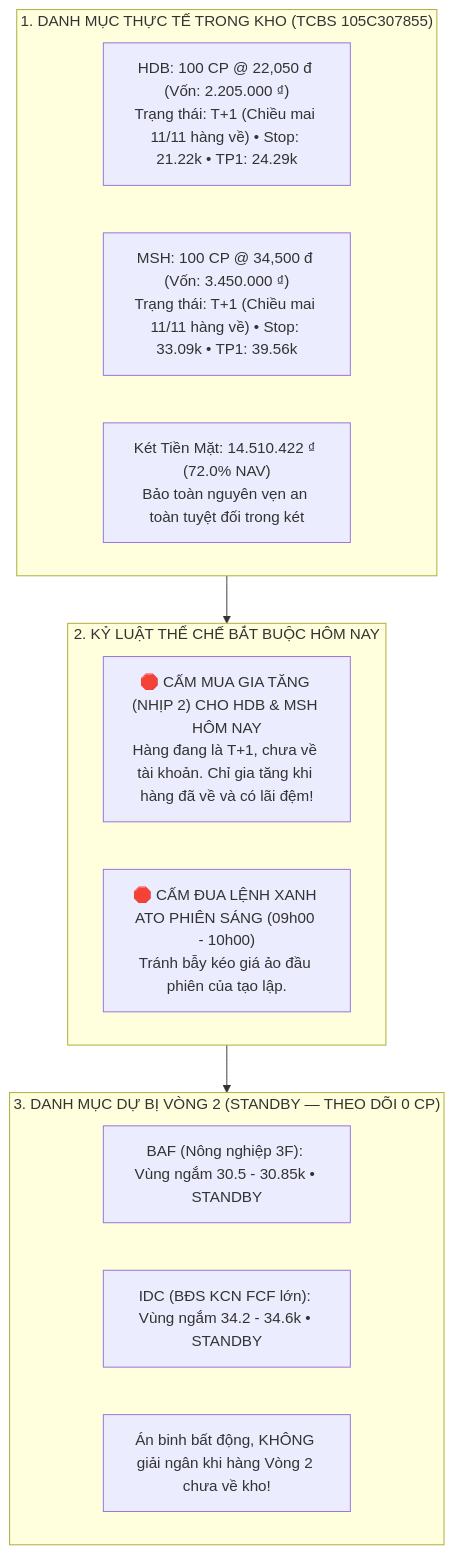
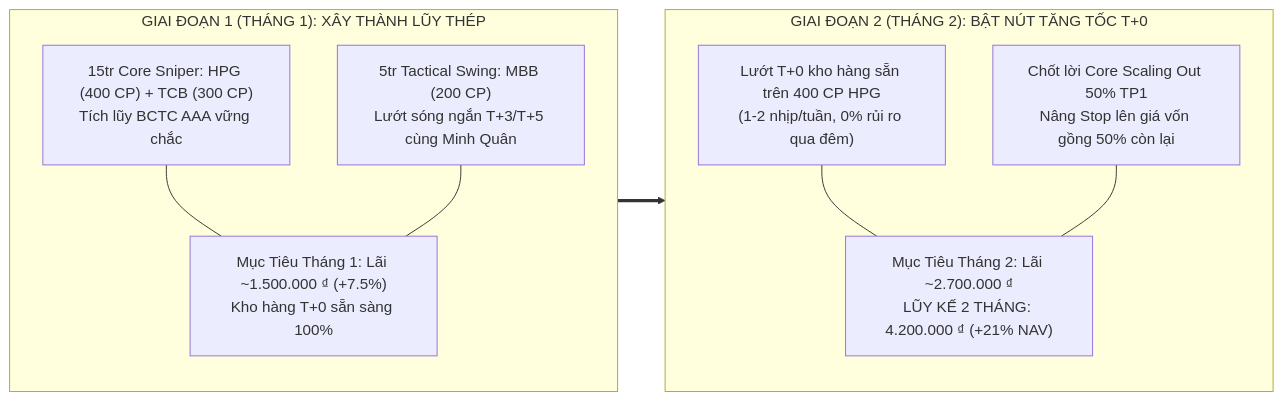
The first of 3 diagrams in 08_Master_Investment_CIO/2026-11-10_Master_CIO_Final_Decision.md (Thienphuoctran/apex-hedge-fund), drawn with Mermaid before and after one commit. The commit also changed other lines of this file and 49 other files, not shown here.

````diff
--- a/08_Master_Investment_CIO/2026-11-10_Master_CIO_Final_Decision.md
+++ b/08_Master_Investment_CIO/2026-11-10_Master_CIO_Final_Decision.md
@@ -17,22 +34,20 @@
 ```mermaid
-graph TD
-    subgraph Portfolio["1. DANH MỤC THỰC TẾ TRONG KHO (TCBS 105C307855)"]
-        HDB_Pos["HDB: 100 CP @ 22,050 đ (Vốn: 2.205.000 ₫)<br/>Trạng thái: T+1 (Chiều mai 11/11 hàng về) • Stop: 21.22k • TP1: 24.29k"]
-        MSH_Pos["MSH: 100 CP @ 34,500 đ (Vốn: 3.450.000 ₫)<br/>Trạng thái: T+1 (Chiều mai 11/11 hàng về) • Stop: 33.09k • TP1: 39.56k"]
-        Cash_Pos["Két Tiền Mặt: 14.510.422 ₫ (72.0% NAV)<br/>Bảo toàn nguyên vẹn an toàn tuyệt đối trong két"]
+graph LR
+    subgraph Phase1["GIAI ĐOẠN 1 (THÁNG 1): XÂY THÀNH LŨY THÉP"]
+        P1_Core["15tr Core Sniper: HPG (400 CP) + TCB (300 CP)<br/>Tích lũy BCTC AAA vững chắc"]
+        P1_Swing["5tr Tactical Swing: MBB (200 CP)<br/>Lướt sóng ngắn T+3/T+5 cùng Minh Quân"]
+        P1_Target["Mục Tiêu Tháng 1: Lãi ~1.500.000 ₫ (+7.5%)<br/>Kho hàng T+0 sẵn sàng 100%"]
+        P1_Core --- P1_Target
+        P1_Swing --- P1_Target
+    end
+    
+    subgraph Phase2["GIAI ĐOẠN 2 (THÁNG 2): BẬT NÚT TĂNG TỐC T+0"]
+        P2_T0["Lướt T+0 kho hàng sẵn trên 400 CP HPG<br/>(1-2 nhịp/tuần, 0% rủi ro qua đêm)"]
+        P2_Scale["Chốt lời Core Scaling Out 50% TP1<br/>Nâng Stop lên giá vốn gồng 50% còn lại"]
+        P2_Target["Mục Tiêu Tháng 2: Lãi ~2.700.000 ₫<br/>LŨY KẾ 2 THÁNG: 4.200.000 ₫ (+21% NAV)"]
+        P2_T0 --- P2_Target
+        P2_Scale --- P2_Target
     end
 
-    subgraph Discipline["2. KỶ LUẬT THỂ CHẾ BẮT BUỘC HÔM NAY"]
-        D1["🛑 CẤM MUA GIA TĂNG (NHỊP 2) CHO HDB & MSH HÔM NAY<br/>Hàng đang là T+1, chưa về tài khoản. Chỉ gia tăng khi hàng đã về và có lãi đệm!"]
-        D2["🛑 CẤM ĐUA LỆNH XANH ATO PHIÊN SÁNG (09h00 - 10h00)<br/>Tránh bẫy kéo giá ảo đầu phiên của tạo lập."]
-    end
-
-    subgraph Standby["3. DANH MỤC DỰ BỊ VÒNG 2 (STANDBY — THEO DÕI 0 CP)"]
-        R1["BAF (Nông nghiệp 3F): Vùng ngắm 30.5 - 30.85k • STANDBY"]
-        R2["IDC (BĐS KCN FCF lớn): Vùng ngắm 34.2 - 34.6k • STANDBY"]
-        R_Action["Án binh bất động, KHÔNG giải ngân khi hàng Vòng 2 chưa về kho!"]
-    end
-
-    Portfolio --> Discipline
-    Discipline --> Standby
+    Phase1 ==> Phase2
 ```
````
